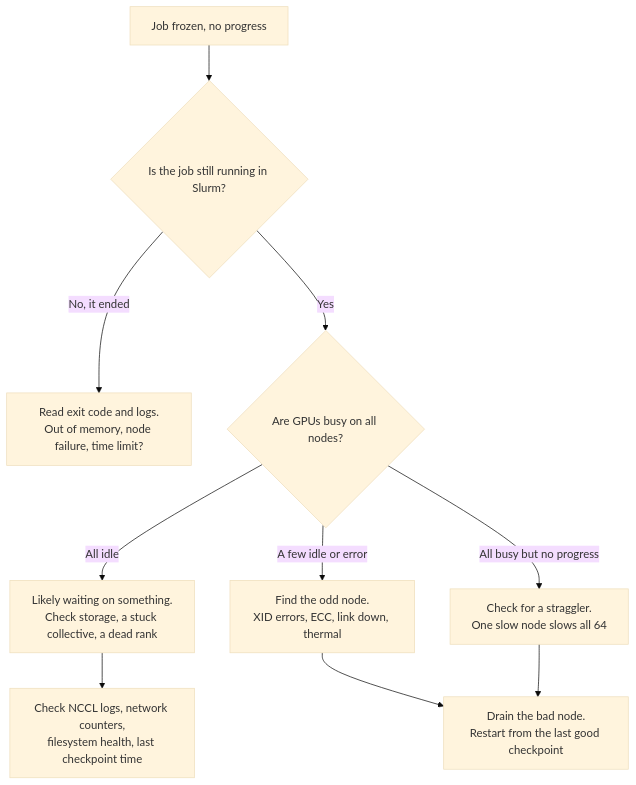
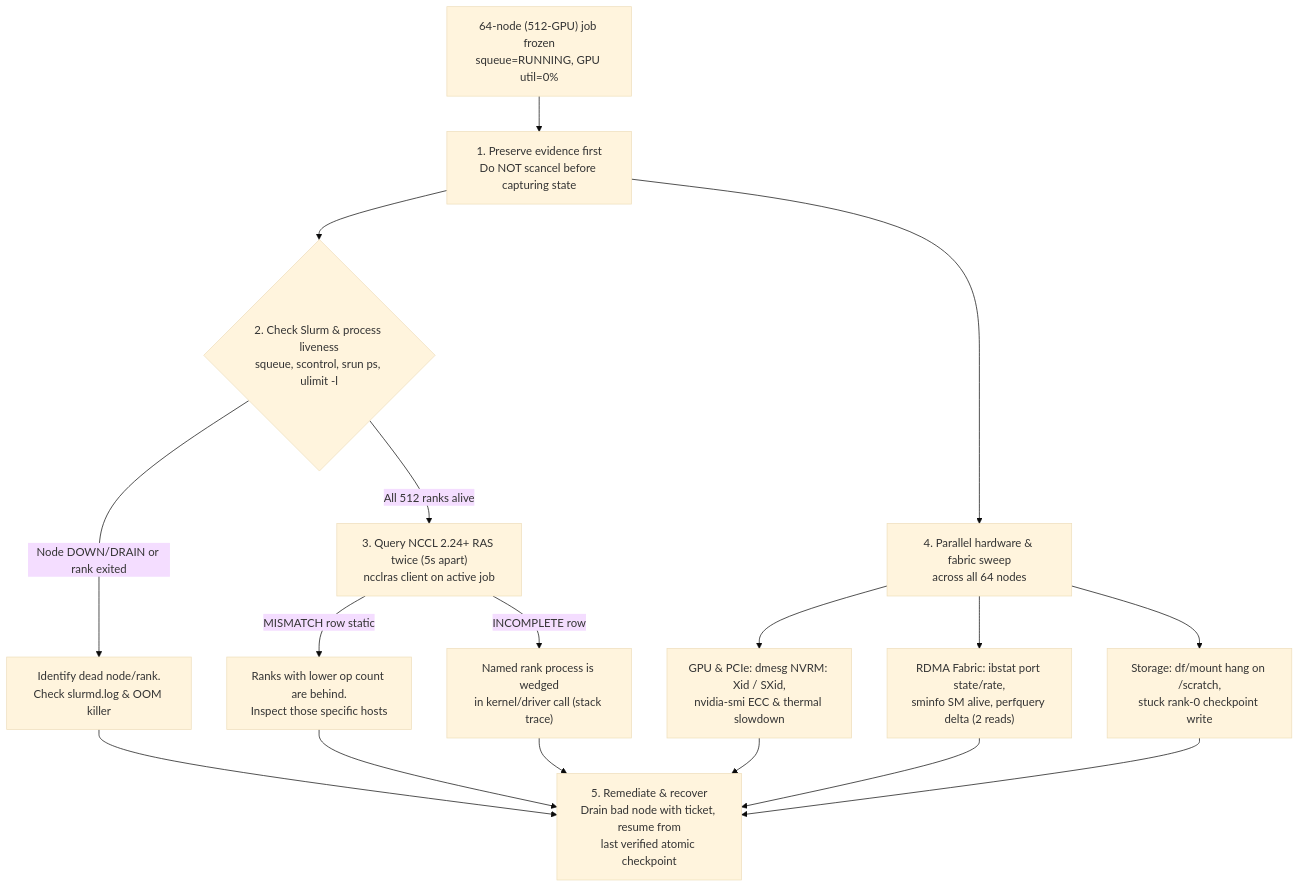
One commit to jithinpnjm/ai-infra-handbook changed the third of 3 diagrams in docs/part-06-hpc-slurm/31-capstone-build-and-operate-a-small-slurm-gpu-cluster.md. Above: the diagram before and after it, drawn with Mermaid (base theme). The commit also changed other lines of this file and 4 other files, not shown here.

Commit message:
Complete Chapter 6.31: Capstone: build and operate a small Slurm GPU cluster

````diff
--- a/docs/part-06-hpc-slurm/31-capstone-build-and-operate-a-small-slurm-gpu-cluster.md
+++ b/docs/part-06-hpc-slurm/31-capstone-build-and-operate-a-small-slurm-gpu-cluster.md
@@ -202,12 +327,14 @@
 ```mermaid
 flowchart TD
-    A["Job frozen, no progress"] --> B{"Is the job still running in Slurm?"}
-    B -->|"No, it ended"| B1["Read exit code and logs.<br/>Out of memory, node failure, time limit?"]
-    B -->|"Yes"| C{"Are GPUs busy on all nodes?"}
-    C -->|"All idle"| D["Likely waiting on something.<br/>Check storage, a stuck collective, a dead rank"]
-    C -->|"A few idle or error"| E["Find the odd node.<br/>XID errors, ECC, link down, thermal"]
-    C -->|"All busy but no progress"| F["Check for a straggler.<br/>One slow node slows all 64"]
-    D --> G["Check NCCL logs, network counters,<br/>filesystem health, last checkpoint time"]
-    E --> H["Drain the bad node.<br/>Restart from the last good checkpoint"]
-    F --> H
+    A["64-node (512-GPU) job frozen<br/>squeue=RUNNING, GPU util=0%"] --> B["1. Preserve evidence first<br/>Do NOT scancel before capturing state"]
+    B --> C{"2. Check Slurm & process liveness<br/>squeue, scontrol, srun ps, ulimit -l"}
+    C -->|"Node DOWN/DRAIN or rank exited"| C1["Identify dead node/rank.<br/>Check slurmd.log & OOM killer"]
+    C -->|"All 512 ranks alive"| D["3. Query NCCL 2.24+ RAS twice (5s apart)<br/>ncclras client on active job"]
+    D -->|"MISMATCH row static"| D1["Ranks with lower op count are behind.<br/>Inspect those specific hosts"]
+    D -->|"INCOMPLETE row"| D2["Named rank process is wedged<br/>in kernel/driver call (stack trace)"]
+    B --> E["4. Parallel hardware & fabric sweep<br/>across all 64 nodes"]
+    E --> E1["GPU & PCIe: dmesg NVRM: Xid / SXid,<br/>nvidia-smi ECC & thermal slowdown"]
+    E --> E2["RDMA Fabric: ibstat port state/rate,<br/>sminfo SM alive, perfquery delta (2 reads)"]
+    E --> E3["Storage: df/mount hang on /scratch,<br/>stuck rank-0 checkpoint write"]
+    C1 & D1 & D2 & E1 & E2 & E3 --> F["5. Remediate & recover<br/>Drain bad node with ticket, resume from<br/>last verified atomic checkpoint"]
 ```
````
